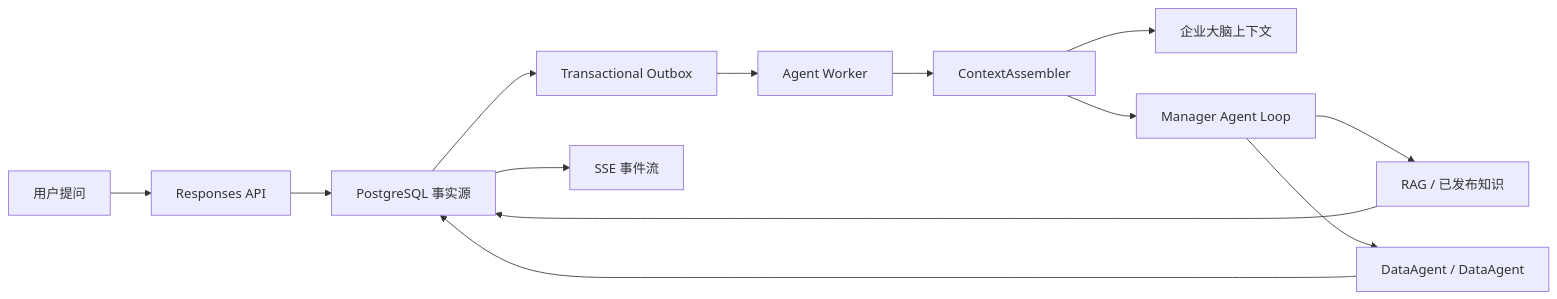
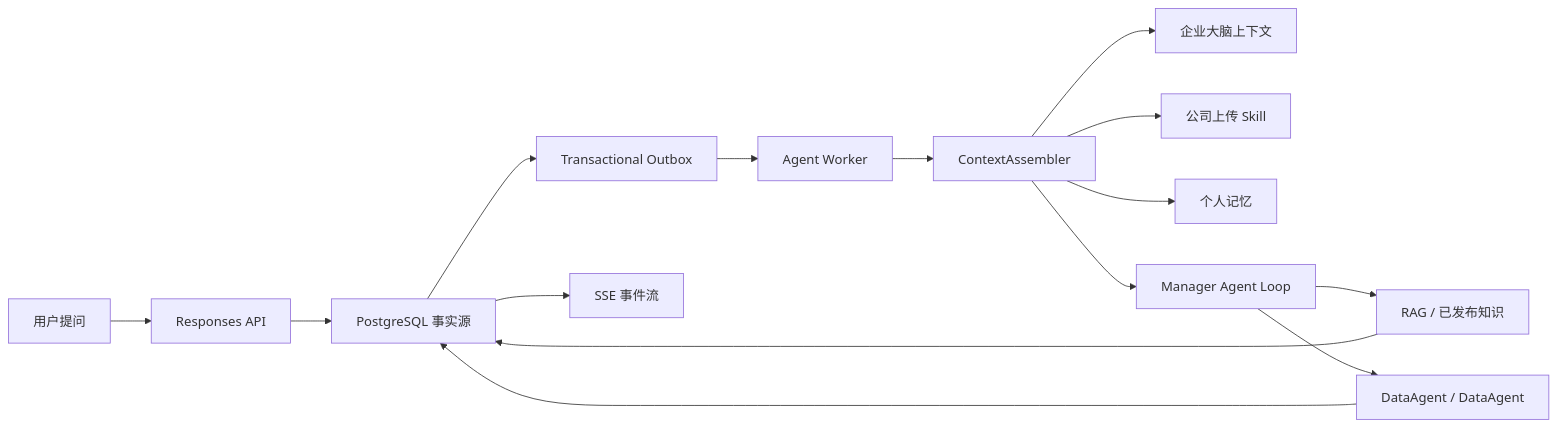
One commit to SongJok/OpenTrace changed the diagram in docs/architecture/enterprise_organization_os.md. Above: the diagram before and after it, drawn with Mermaid. The commit also changed other lines of this file and 27 other files, not shown here.

````diff
--- a/docs/architecture/enterprise_organization_os.md
+++ b/docs/architecture/enterprise_organization_os.md
@@ -8,15 +8,17 @@
 ```mermaid
 flowchart LR
   U[用户提问] --> API[Responses API]
   API --> PG[PostgreSQL 事实源]
   PG --> O[Transactional Outbox]
   O --> W[Agent Worker]
   W --> C[ContextAssembler]
   C --> B[企业大脑上下文]
+  C --> K[公司上传 Skill]
+  C --> M[个人记忆]
   C --> L[Manager Agent Loop]
   L --> R[RAG / 已发布知识]
   L --> D[DataAgent / DataAgent]
   R --> PG
   D --> PG
   PG --> S[SSE 事件流]
 ```
````
